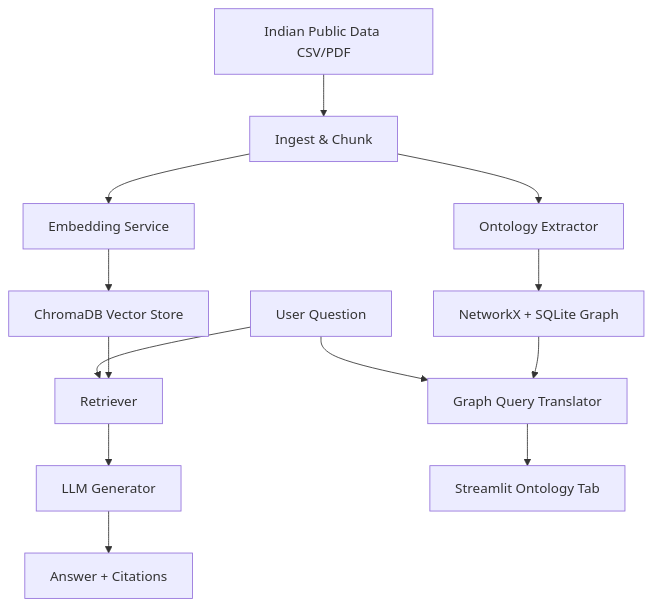
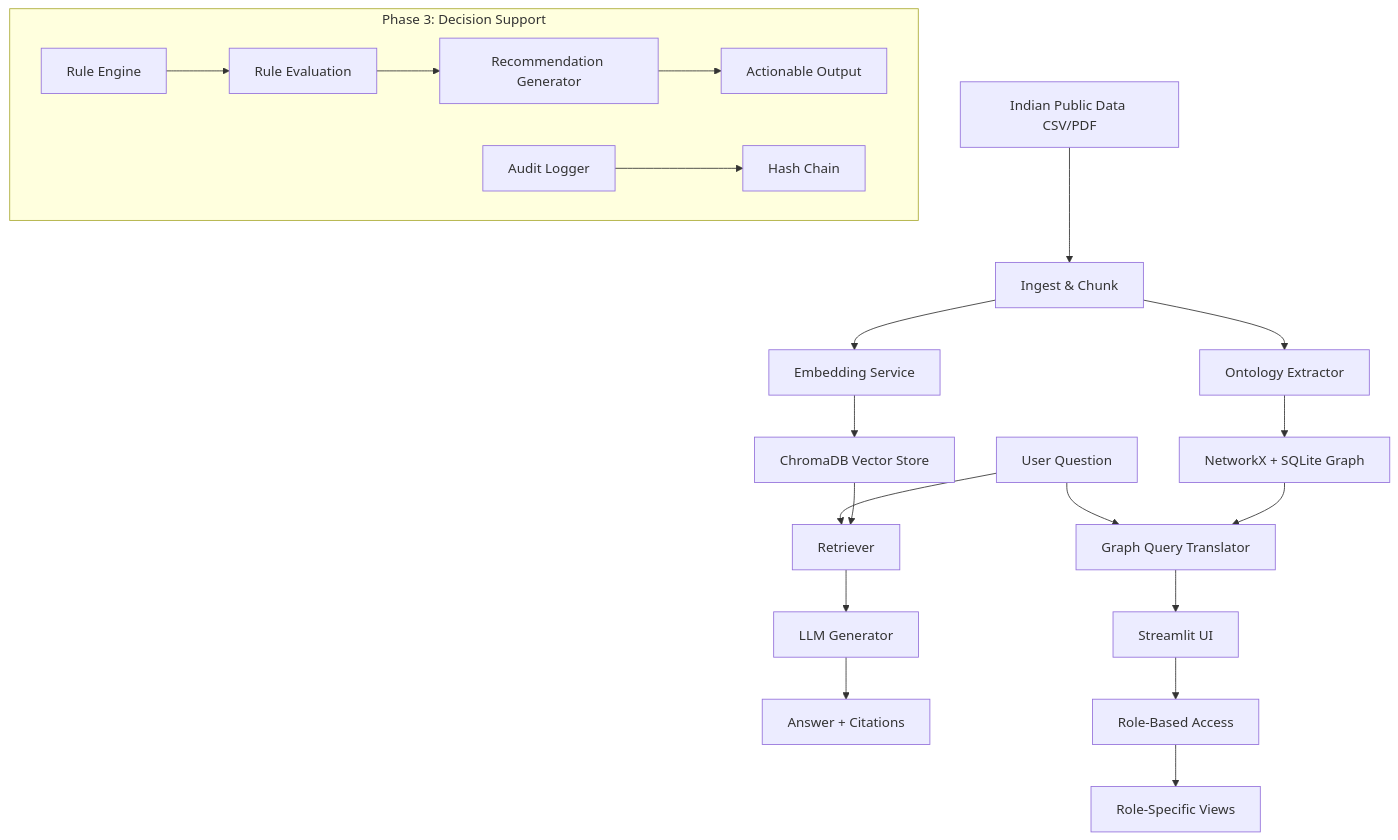
One commit to Unselfisheologism/provleptic changed the diagram in README.md. Above: the diagram before and after it, drawn with Mermaid. The commit also changed other lines of this file and 23 other files, not shown here.

First line of the commit message:
feat: Add Phase 3 decision support layer (rule engine, audit log, RBAC, DPDP compliance)

````diff
--- a/README.md
+++ b/README.md
@@ -16,15 +22,25 @@
 ```mermaid
 graph TD
     Data[Indian Public Data CSV/PDF] --> Ingest[Ingest & Chunk]
     Ingest --> Embed[Embedding Service]
     Ingest --> Extractor[Ontology Extractor]
     Embed --> Chroma[ChromaDB Vector Store]
     Extractor --> GraphStore[NetworkX + SQLite Graph]
     User[User Question] --> Retriever[Retriever]
     User --> GraphQuery[Graph Query Translator]
     Chroma --> Retriever
     GraphStore --> GraphQuery
     Retriever --> Generator[LLM Generator]
-    GraphQuery --> UI[Streamlit Ontology Tab]
+    GraphQuery --> UI[Streamlit UI]
     Generator --> Answer[Answer + Citations]
+    
+    subgraph DecisionSupport[Phase 3: Decision Support]
+        Rules[Rule Engine] --> Evaluate[Rule Evaluation]
+        Evaluate --> Rec[Recommendation Generator]
+        Rec --> Output[Actionable Output]
+        Audit[Audit Logger] --> Chain[Hash Chain]
+    end
+    
+    UI --> UserRole[Role-Based Access]
+    UserRole --> RoleView[Role-Specific Views]
 ```
````
